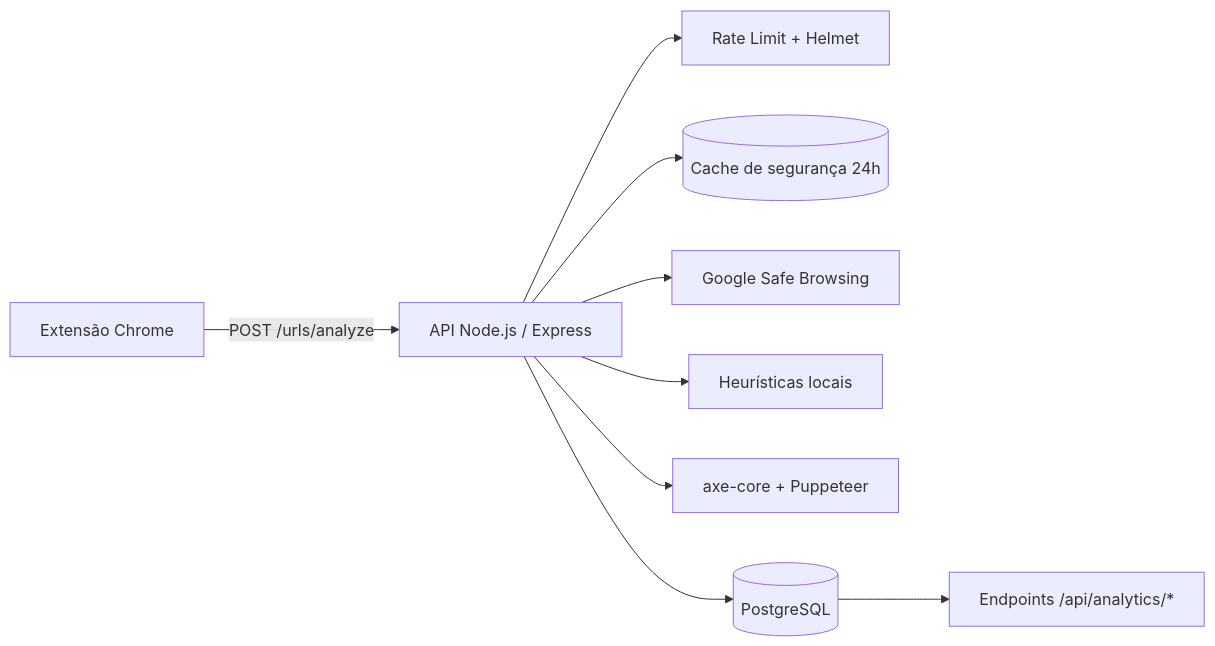
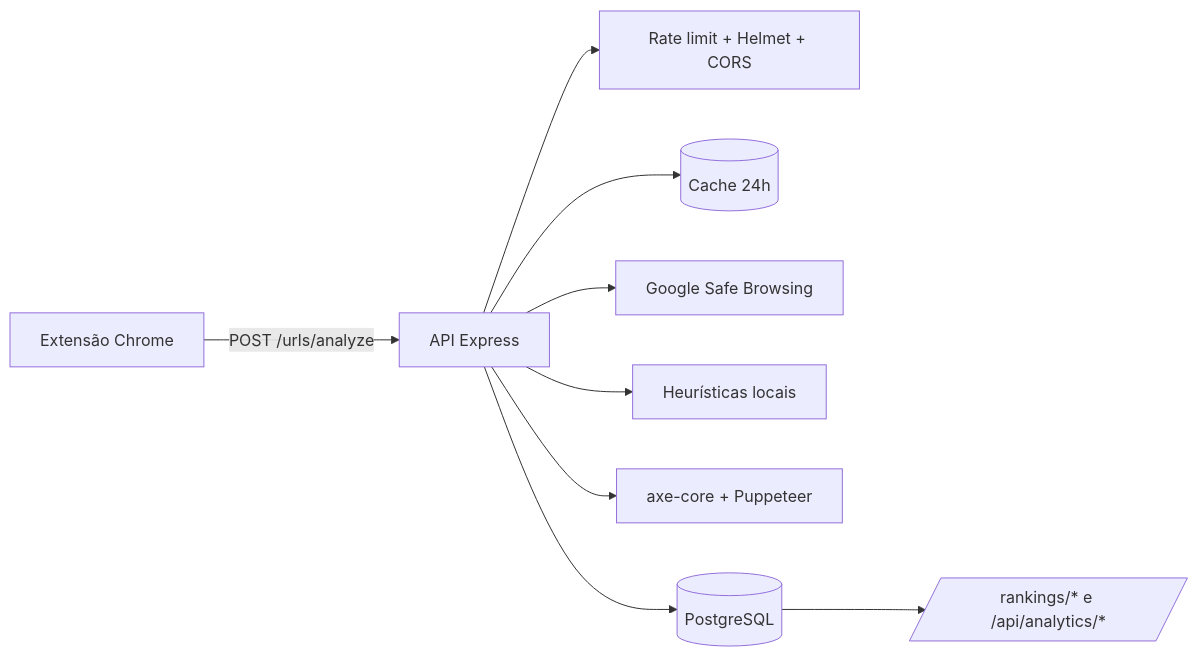
Before and after one commit to Victor-Casagrande/verificador_golpe: the diagram in README.md, drawn with Mermaid. The commit also changed other lines of this file, not shown here.

````diff
--- a/README.md
+++ b/README.md
@@ -21,11 +53,11 @@
 ```mermaid
 flowchart LR
-    EXT[Extensão Chrome] -->|POST /urls/analyze| API[API Node.js / Express]
-    API --> RL[Rate Limit + Helmet]
-    API --> CACHE[(Cache de segurança 24h)]
+    EXT[Extensão Chrome] -->|POST /urls/analyze| API[API Express]
+    API --> RL[Rate limit + Helmet + CORS]
+    API --> CACHE[(Cache 24h)]
     API --> GSB[Google Safe Browsing]
     API --> HEU[Heurísticas locais]
     API --> AXE[axe-core + Puppeteer]
     API --> DB[(PostgreSQL)]
-    DB --> ANL[Endpoints /api/analytics/*]
+    DB --> RANK[/rankings/* e /api/analytics/*/]
 ```
````
